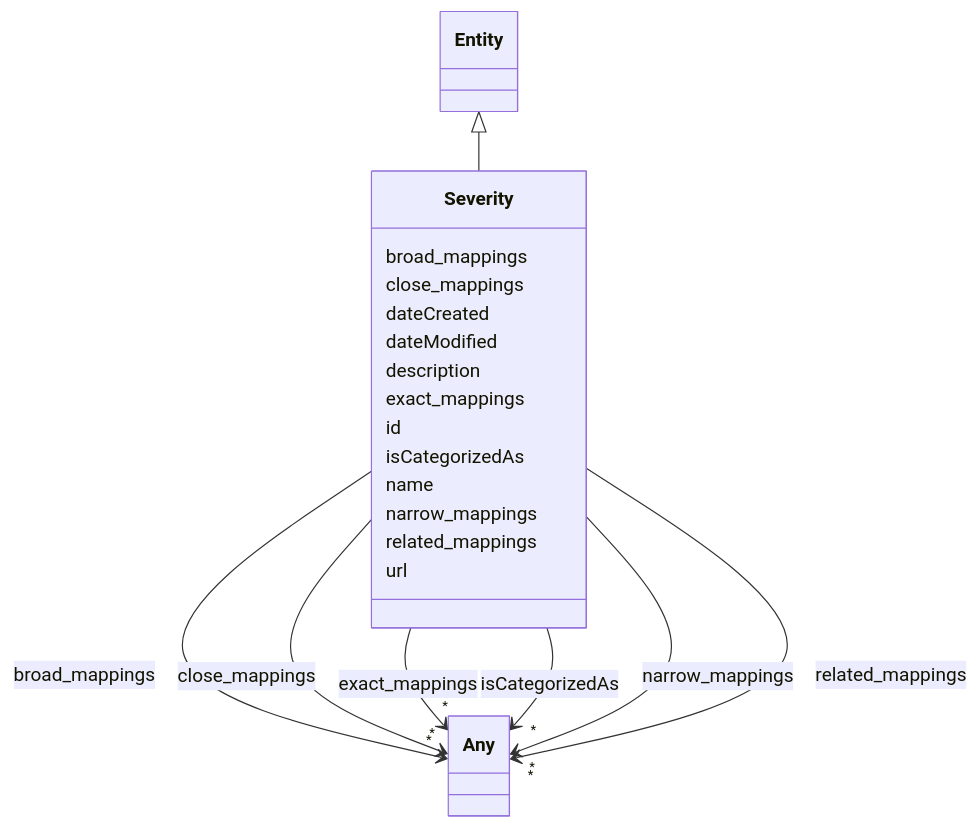
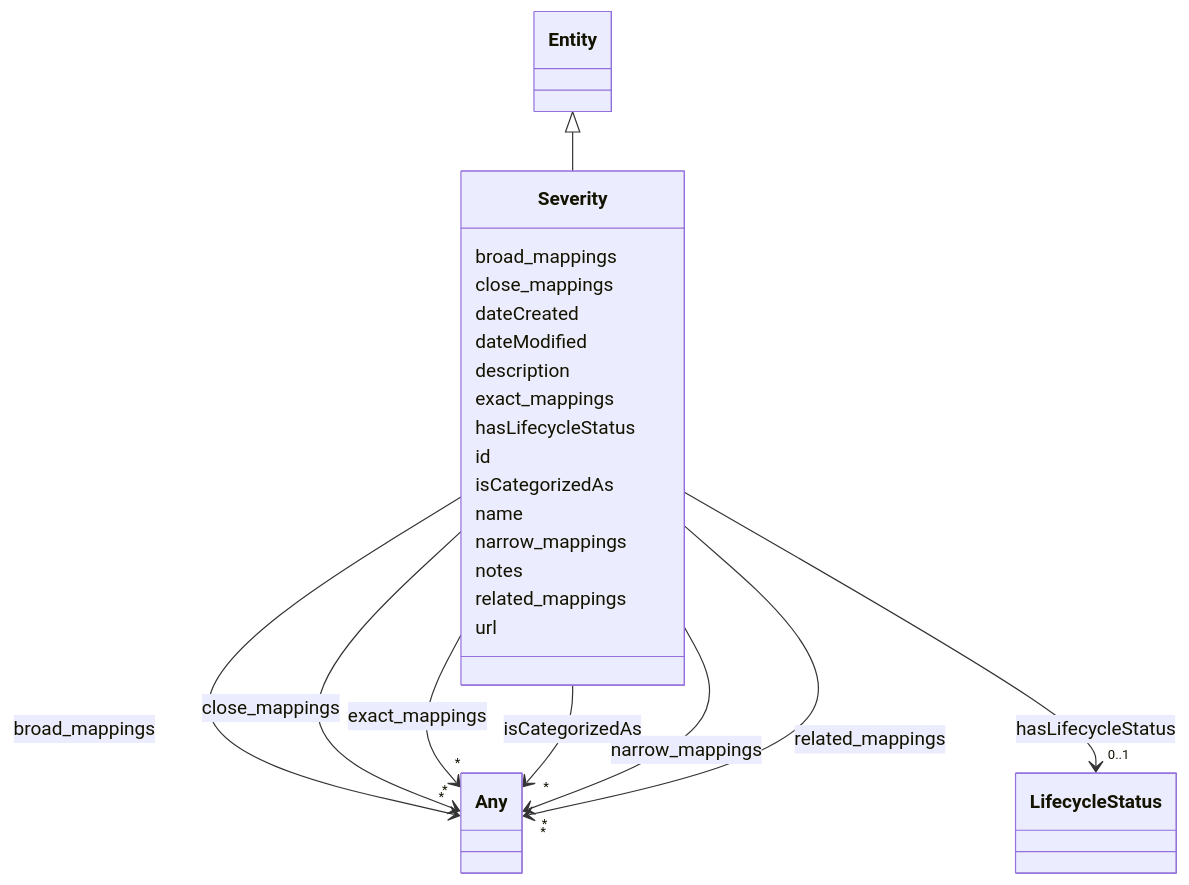
One commit to ingelise/risk-atlas-nexus changed the diagram in docs/ontology/Severity.md. Above: the diagram before and after it, drawn with Mermaid. The commit also changed other lines of this file and 190 other files, not shown here.

```diff
--- a/docs/ontology/Severity.md
+++ b/docs/ontology/Severity.md
@@ -55,6 +55,17 @@
 
 
 
+      Severity : hasLifecycleStatus
+
+
+
+
+
+        Severity --> "0..1" LifecycleStatus : hasLifecycleStatus
+        click LifecycleStatus href "../LifecycleStatus/"
+
+
+
       Severity : id
 
       Severity : isCategorizedAs
@@ -81,6 +92,8 @@
 
 
 
+      Severity : notes
+
       Severity : related_mappings
 
 
```
